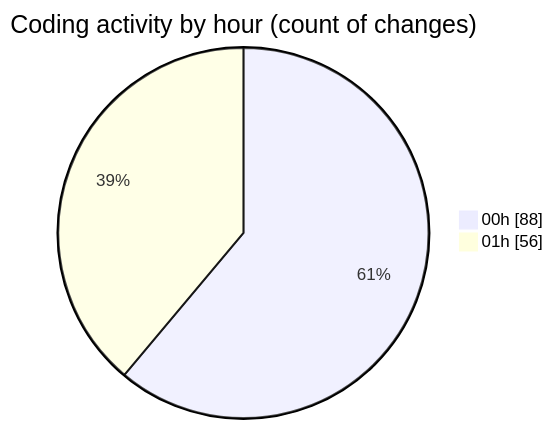
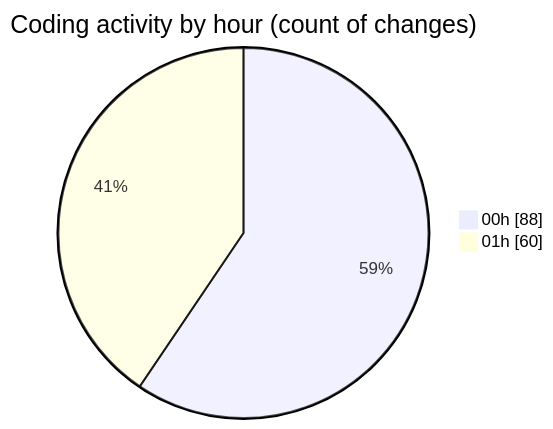
One commit to lephambinh05/code-tracking changed the second of 2 diagrams in 2025-08-16/rentotp/README.md. Above: the diagram before and after it, drawn with Mermaid. The commit also changed other lines of this file and 1 other file, not shown here.

````diff
--- a/2025-08-16/rentotp/README.md
+++ b/2025-08-16/rentotp/README.md
@@ -47,6 +48,6 @@
 ```mermaid
 pie showData
 title Coding activity by hour (count of changes)
 "00h" : 88
-"01h" : 56
+"01h" : 60
 ```
````
